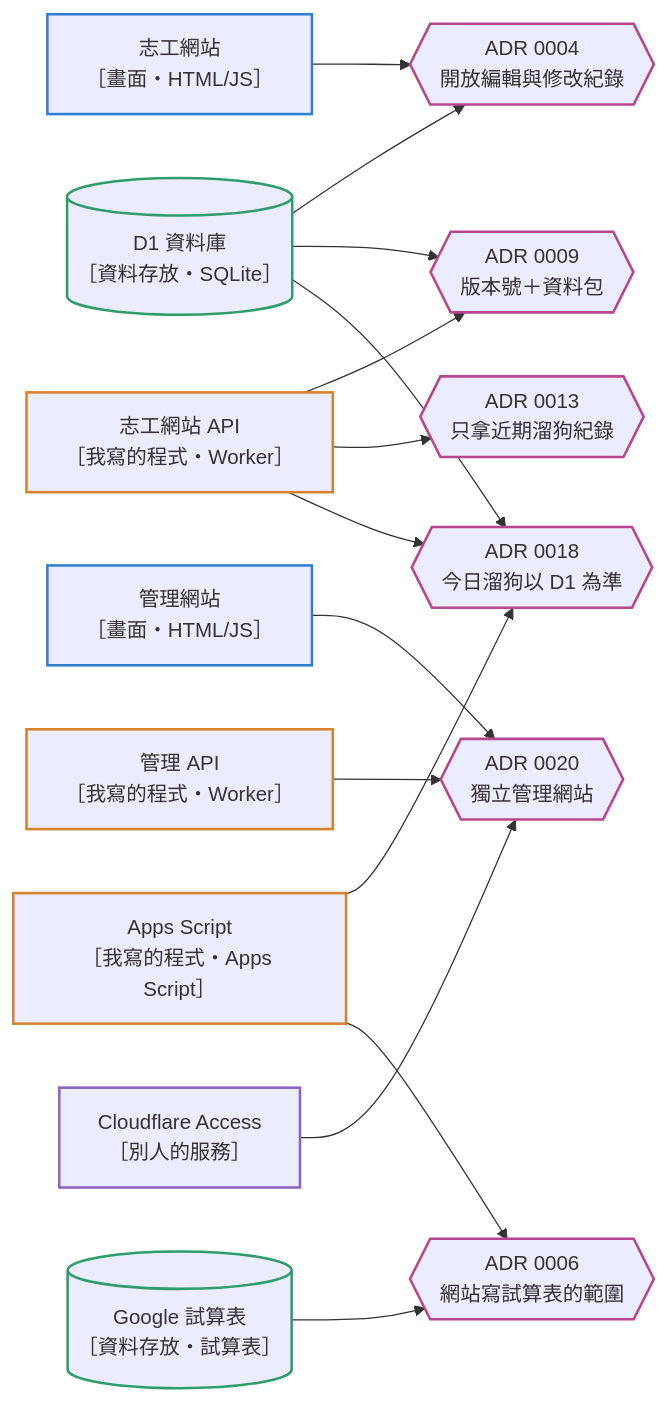
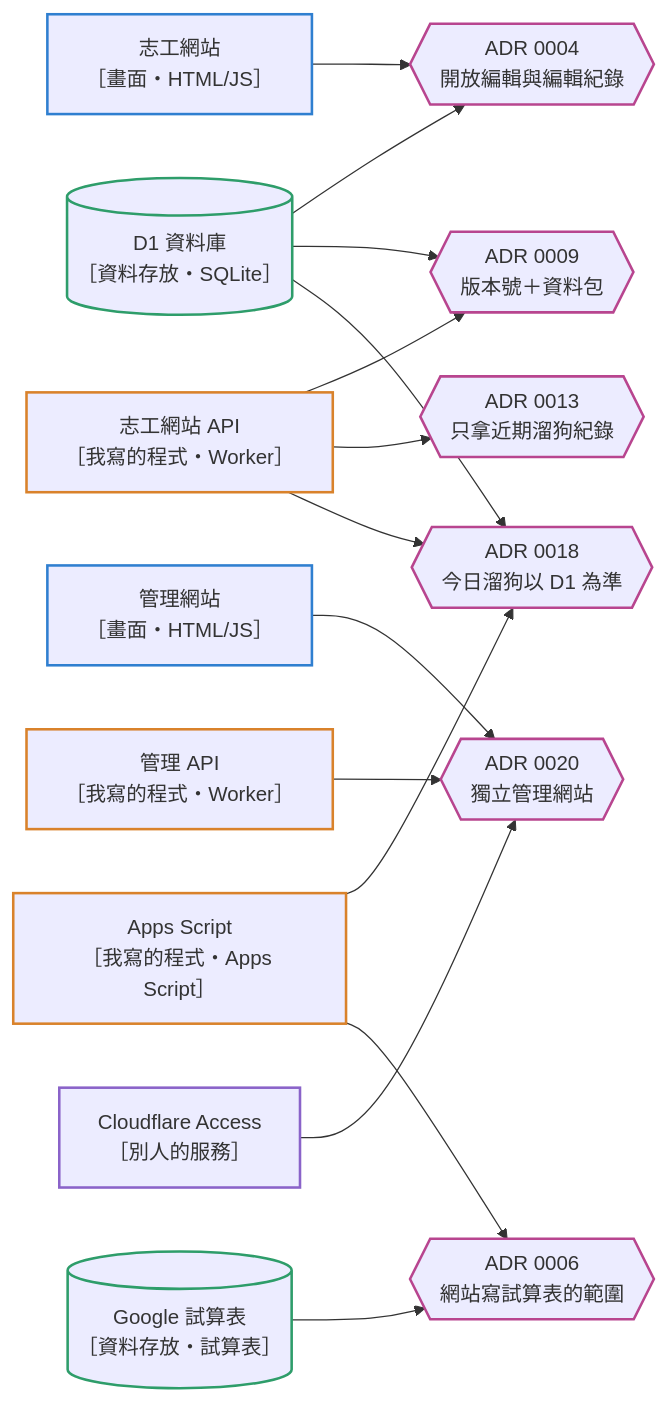
One commit to jiatsenK/bq-shelter-dogs changed the sixth of 7 diagrams in docs/ARCHITECTURE.md. Above: the diagram before and after it, drawn with Mermaid. The commit also changed other lines of this file, not shown here.

Commit message:
docs: 決策地圖照 ADR 原文、風險處理方式跟象限對齊

````diff
--- a/docs/ARCHITECTURE.md
+++ b/docs/ARCHITECTURE.md
@@ -338,42 +338,42 @@
 ```mermaid
 flowchart LR
   vweb["志工網站<br/>［畫面・HTML/JS］"]
   vapi["志工網站 API<br/>［我寫的程式・Worker］"]
   aweb["管理網站<br/>［畫面・HTML/JS］"]
   aapi["管理 API<br/>［我寫的程式・Worker］"]
   access["Cloudflare Access<br/>［別人的服務］"]
   d1[("D1 資料庫<br/>［資料存放・SQLite］")]
   gas["Apps Script<br/>［我寫的程式・Apps Script］"]
   sheet[("Google 試算表<br/>［資料存放・試算表］")]
-  a0004{{"ADR 0004<br/>開放編輯與修改紀錄"}}
+  a0004{{"ADR 0004<br/>開放編輯與編輯紀錄"}}
   a0009{{"ADR 0009<br/>版本號＋資料包"}}
   a0013{{"ADR 0013<br/>只拿近期溜狗紀錄"}}
   a0018{{"ADR 0018<br/>今日溜狗以 D1 為準"}}
   a0006{{"ADR 0006<br/>網站寫試算表的範圍"}}
   a0020{{"ADR 0020<br/>獨立管理網站"}}
 
   vweb --> a0004
   d1 --> a0004
   vapi --> a0009
   d1 --> a0009
   vapi --> a0013
   vapi --> a0018
   d1 --> a0018
   gas --> a0018
   gas --> a0006
   sheet --> a0006
   aweb --> a0020
   aapi --> a0020
   access --> a0020
 
   class vweb,aweb ui
   class vapi,aapi,gas code
   class d1,sheet data
   class access ext
   class a0004,a0009,a0013,a0018,a0006,a0020 decision
   classDef ui stroke:#2f7fd0,stroke-width:2px
   classDef code stroke:#d9822b,stroke-width:2px
   classDef data stroke:#2e9d6a,stroke-width:2px
   classDef ext stroke:#8a63c9,stroke-width:2px
   classDef decision stroke:#b8458f,stroke-width:2px
 ```
````
